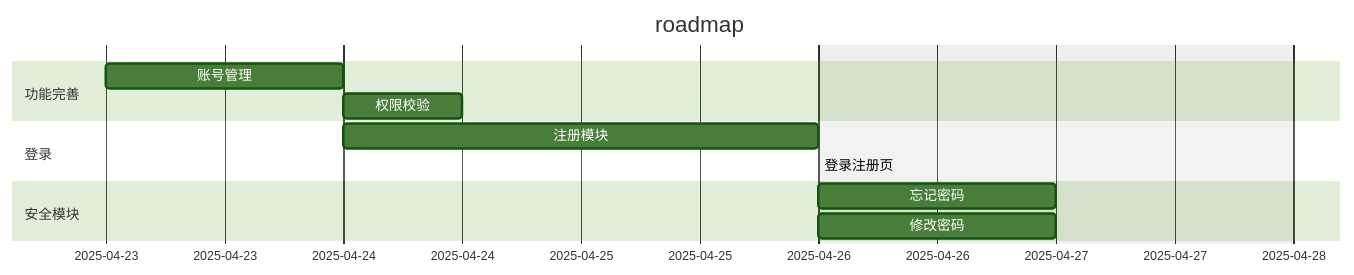
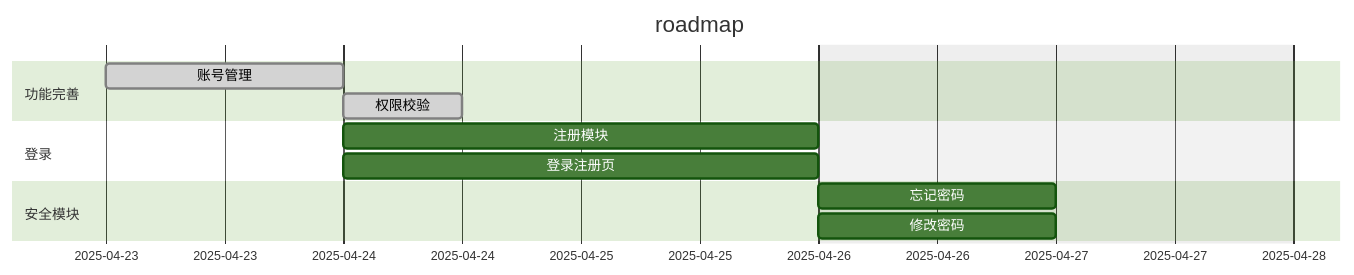
Before and after one commit to TeamVastsea/vastsea-sso-frontend: the diagram in README.md, drawn with Mermaid (forest theme). The commit also changed other lines of this file, not shown here.

Commit message:
doc: update roadmap

````diff
--- a/README.md
+++ b/README.md
@@ -43,15 +43,15 @@
 ```mermaid
 gantt
     title roadmap
     dateFormat YYYY-MM-DD
     excludes    weekends
     section 功能完善
-        账号管理 : base, 2025-04-23, 1d
-        权限校验 : after base, 12h
+        账号管理 : done, base, 2025-04-23, 1d
+        权限校验 : done, after base, 12h
     section 登录
         注册模块 :   a2, 2025-04-24,2025-04-26
-        登录注册页 : after a2, 2025-04-26,2025-04-26
+        登录注册页 : after a2, 2025-04-24,2025-04-26
     section 安全模块
         忘记密码 : after a2, 1d
         修改密码 : after a2, 1d
 ```
````
